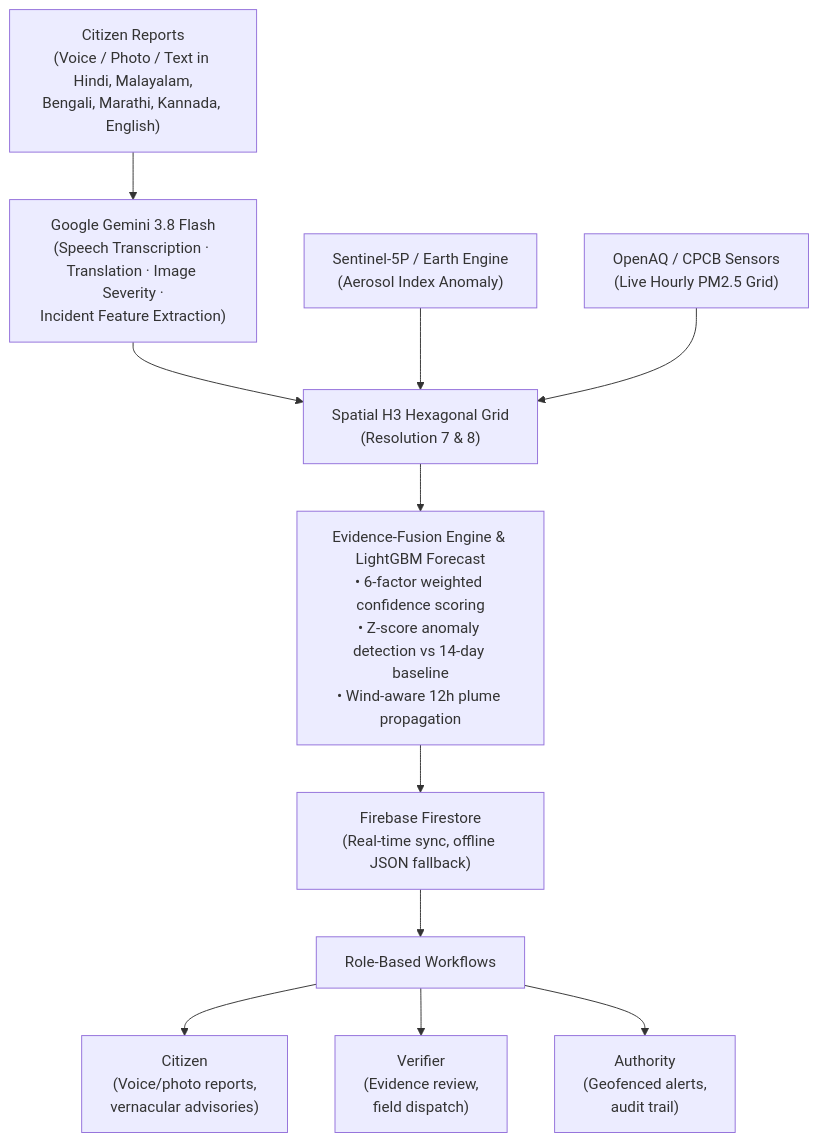
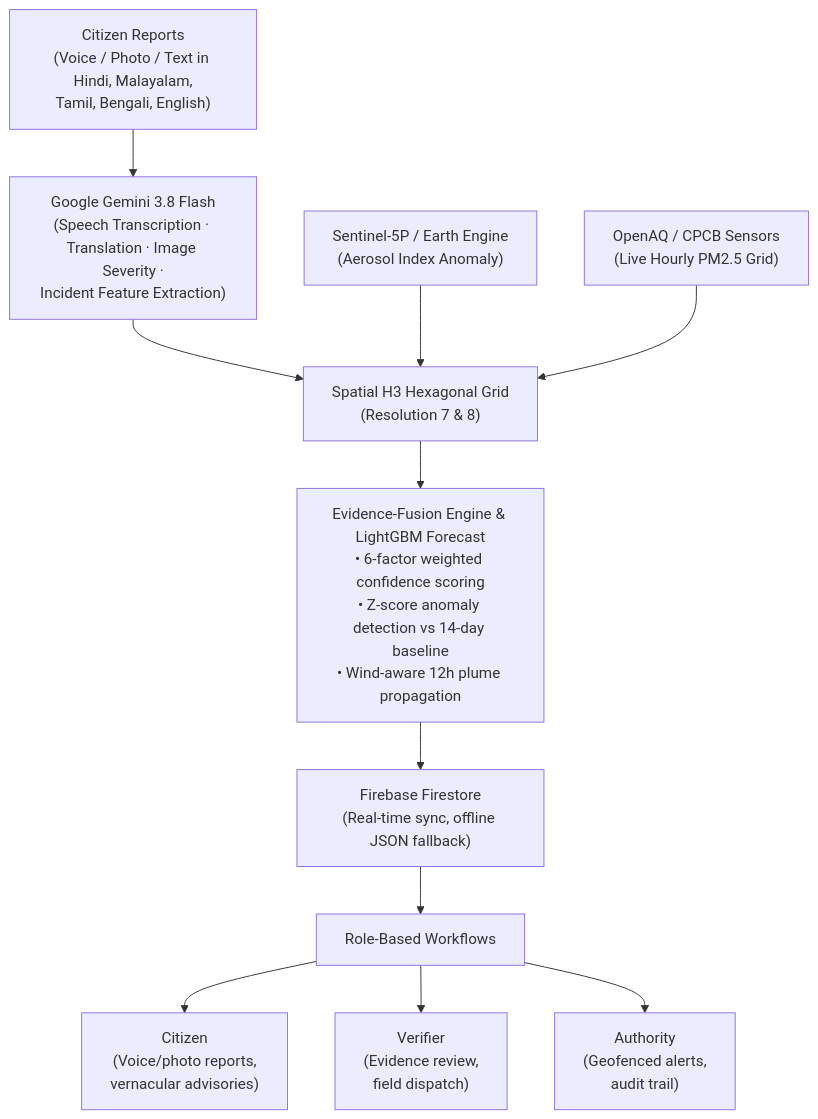
The diagram in README.md (AthulRm18/airgrid), drawn with Mermaid before and after one commit. The commit also changed other lines of this file and 1 other file, not shown here.

````diff
--- a/README.md
+++ b/README.md
@@ -71,38 +71,38 @@
 ```mermaid
 flowchart TD
-    A["Citizen Reports<br/>(Voice / Photo / Text in Hindi, Malayalam,<br/>Bengali, Marathi, Kannada, English)"]
+    A["Citizen Reports<br/>(Voice / Photo / Text in Hindi, Malayalam,<br/>Tamil, Bengali, English)"]
 
     B["Google Gemini 3.8 Flash<br/>(Speech Transcription · Translation · Image Severity ·<br/>Incident Feature Extraction)"]
 
     C["Sentinel-5P / Earth Engine<br/>(Aerosol Index Anomaly)"]
 
     D["OpenAQ / CPCB Sensors<br/>(Live Hourly PM2.5 Grid)"]
 
     E["Spatial H3 Hexagonal Grid<br/>(Resolution 7 & 8)"]
 
     F["Evidence-Fusion Engine & LightGBM Forecast<br/>• 6-factor weighted confidence scoring<br/>• Z-score anomaly detection vs 14-day baseline<br/>• Wind-aware 12h plume propagation"]
 
     G["Firebase Firestore<br/>(Real-time sync, offline JSON fallback)"]
 
     H["Role-Based Workflows"]
 
     I["Citizen<br/>(Voice/photo reports,<br/>vernacular advisories)"]
 
     J["Verifier<br/>(Evidence review,<br/>field dispatch)"]
 
     K["Authority<br/>(Geofenced alerts,<br/>audit trail)"]
 
     A --> B
 
     B --> E
     C --> E
     D --> E
 
     E --> F
     F --> G
     G --> H
 
     H --> I
     H --> J
     H --> K
 ```
````
